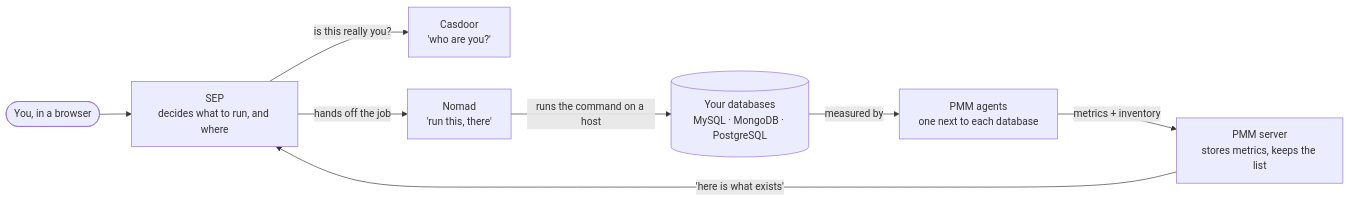
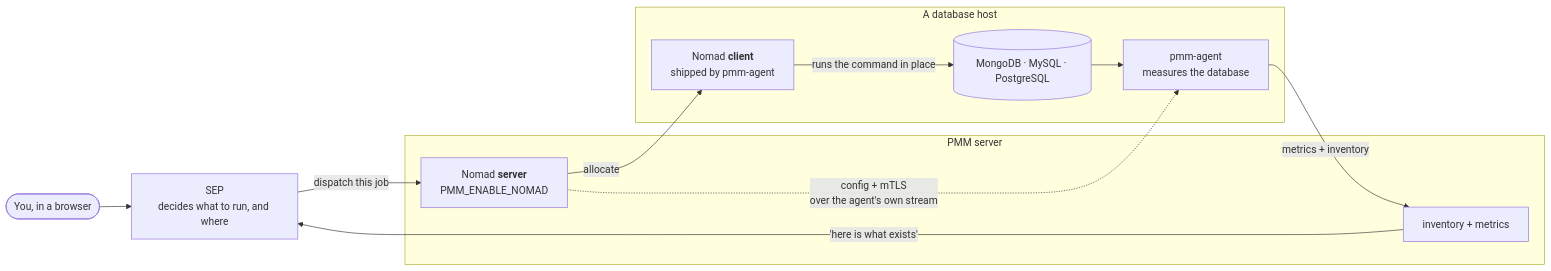
One commit to Percona-Lab/pom-workspace changed the first of 11 diagrams in docs/topology.md. Above: the diagram before and after it, drawn with Mermaid. The commit also changed other lines of this file and 5 other files, not shown here.

````diff
--- a/docs/topology.md
+++ b/docs/topology.md
@@ -43,18 +69,25 @@
 ```mermaid
 flowchart LR
     U(["You, in a browser"])
-    C["Casdoor<br/>'who are you?'"]
     SEP["SEP<br/>decides what to run, and where"]
-    PMM["PMM server<br/>stores metrics, keeps the list"]
-    AG["PMM agents<br/>one next to each database"]
-    N["Nomad<br/>'run this, there'"]
-    DB[("Your databases<br/>MySQL · MongoDB · PostgreSQL")]
+
+    subgraph PMMS["PMM server"]
+        PMM["inventory + metrics"]
+        NS["Nomad <b>server</b><br/>PMM_ENABLE_NOMAD"]
+    end
+
+    subgraph HOST["A database host"]
+        DB[("MongoDB · MySQL · PostgreSQL")]
+        AG["pmm-agent<br/>measures the database"]
+        NC["Nomad <b>client</b><br/>shipped by pmm-agent"]
+    end
 
     U --> SEP
-    SEP -->|"is this really you?"| C
     PMM -->|"'here is what exists'"| SEP
-    SEP -->|"hands off the job"| N
-    N -->|"runs the command on a host"| DB
-    DB -->|"measured by"| AG
+    SEP -->|"dispatch this job"| NS
+    NS -->|"allocate"| NC
+    NC -->|"runs the command in place"| DB
+    DB --> AG
     AG -->|"metrics + inventory"| PMM
+    NS -.->|"config + mTLS<br/>over the agent's own stream"| AG
 ```
````
